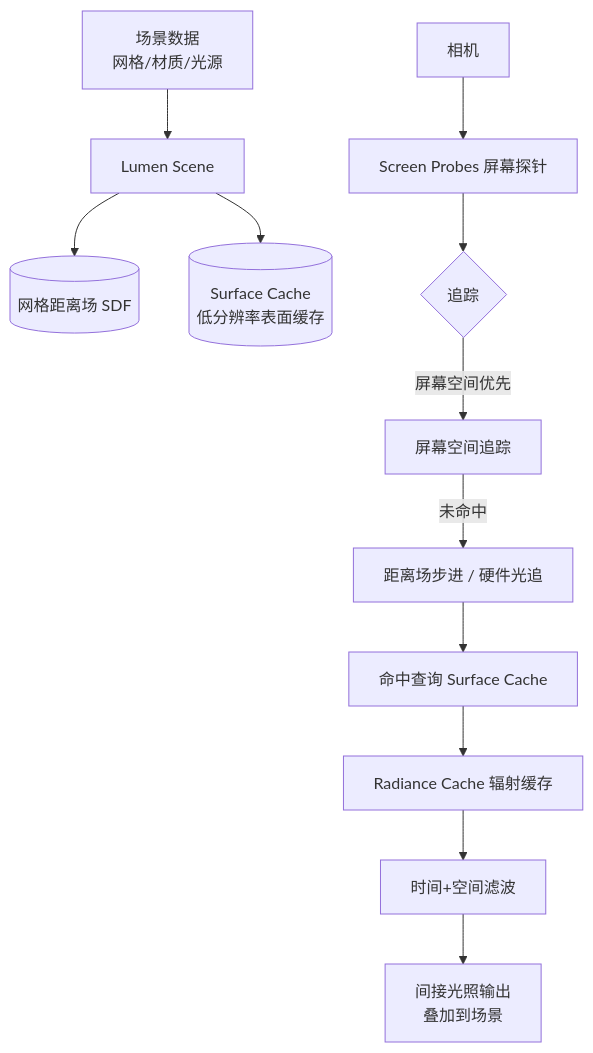
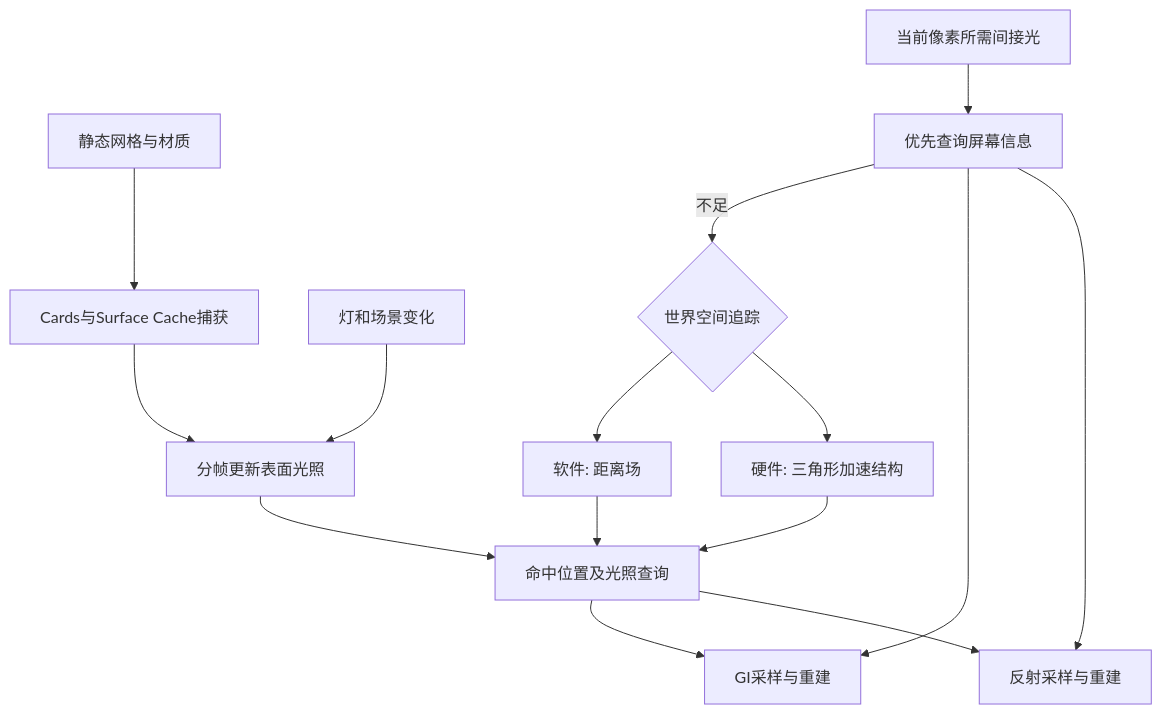
The third of 3 diagrams in 知识/04-图形动画与物理仿真/渲染管线与光照/04-Nanite与Lumen.md (fantuan812/learning), drawn with Mermaid before and after one commit. The commit also changed other lines of this file and 2 other files, not shown here.

````diff
--- a/知识/04-图形动画与物理仿真/渲染管线与光照/04-Nanite与Lumen.md
+++ b/知识/04-图形动画与物理仿真/渲染管线与光照/04-Nanite与Lumen.md
@@ -181,14 +131,17 @@
 ```mermaid
 flowchart TD
-    SCENE[场景数据<br/>网格/材质/光源] --> LS[Lumen Scene]
-    LS --> SDF[(网格距离场 SDF)]
-    LS --> SURF[(Surface Cache<br/>低分辨率表面缓存)]
-    CAM[相机] --> SP[Screen Probes 屏幕探针]
-    SP --> TRACE{追踪}
-    TRACE -->|屏幕空间优先| SS[屏幕空间追踪]
-    SS -->|未命中| WORLD[距离场步进 / 硬件光追]
-    WORLD --> HIT[命中查询 Surface Cache]
-    HIT --> RC[Radiance Cache 辐射缓存]
-    RC --> FILTER[时间+空间滤波]
-    FILTER --> GI[间接光照输出<br/>叠加到场景]
+    A[静态网格与材质] --> C[Cards与Surface Cache捕获]
+    LIGHT[灯和场景变化] --> U[分帧更新表面光照]
+    C --> U
+    Q[当前像素所需间接光] --> S[优先查询屏幕信息]
+    S -->|不足| W{世界空间追踪}
+    W --> DF[软件: 距离场]
+    W --> RT[硬件: 三角形加速结构]
+    DF --> H[命中位置及光照查询]
+    RT --> H
+    U --> H
+    H --> GI[GI采样与重建]
+    H --> REF[反射采样与重建]
+    S --> GI
+    S --> REF
 ```
````
